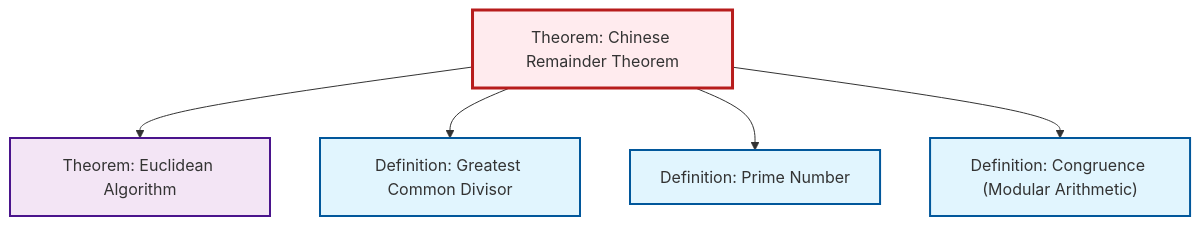
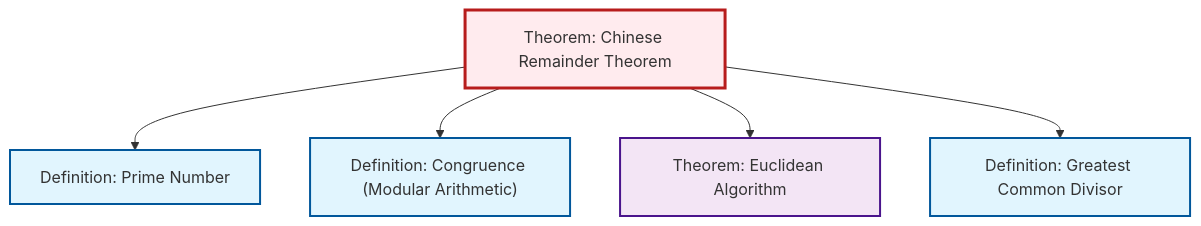
Before and after one commit to RK0429/ModernMath: the diagram in content/ja/number-theory/thm-chinese-remainder.qmd, drawn with Mermaid. The commit also changed other lines of this file and 497 other files, not shown here.

````diff
--- a/content/ja/number-theory/thm-chinese-remainder.qmd
+++ b/content/ja/number-theory/thm-chinese-remainder.qmd
@@ -88,23 +89,23 @@
 ```{mermaid}
 %%| fig-cap: "Local dependency graph"
 graph TD
     classDef definition fill:#e1f5fe,stroke:#01579b,stroke-width:2px
     classDef theorem fill:#f3e5f5,stroke:#4a148c,stroke-width:2px
     classDef axiom fill:#fff3e0,stroke:#e65100,stroke-width:2px
     classDef example fill:#e8f5e9,stroke:#1b5e20,stroke-width:2px
     classDef current fill:#ffebee,stroke:#b71c1c,stroke-width:3px
+    def-prime["Definition: Prime Number"]:::definition
+    def-gcd["Definition: Greatest Common Divisor"]:::definition
     thm-chinese-remainder["Theorem: Chinese Remainder Theorem"]:::theorem
-    def-prime["Definition: Prime Number"]:::definition
+    thm-euclidean-algorithm["Theorem: Euclidean Algorithm"]:::theorem
     def-congruence["Definition: Congruence (Modular Arithmetic)"]:::definition
-    thm-euclidean-algorithm["Theorem: Euclidean Algorithm"]:::theorem
-    def-gcd["Definition: Greatest Common Divisor"]:::definition
+    thm-chinese-remainder --> def-prime
+    thm-chinese-remainder --> def-congruence
     thm-chinese-remainder --> thm-euclidean-algorithm
     thm-chinese-remainder --> def-gcd
-    thm-chinese-remainder --> def-prime
-    thm-chinese-remainder --> def-congruence
     class thm-chinese-remainder current
     click def-prime "def-prime.html" "Definition: Prime Numberへ"
+    click def-gcd "def-gcd.html" "Definition: Greatest Common Divisorへ"
+    click thm-euclidean-algorithm "thm-euclidean-algorithm.html" "Theorem: Euclidean Algorithmへ"
     click def-congruence "def-congruence.html" "Definition: Congruence (Modular Arithmetic)へ"
-    click thm-euclidean-algorithm "thm-euclidean-algorithm.html" "Theorem: Euclidean Algorithmへ"
-    click def-gcd "def-gcd.html" "Definition: Greatest Common Divisorへ"
 ```
````
